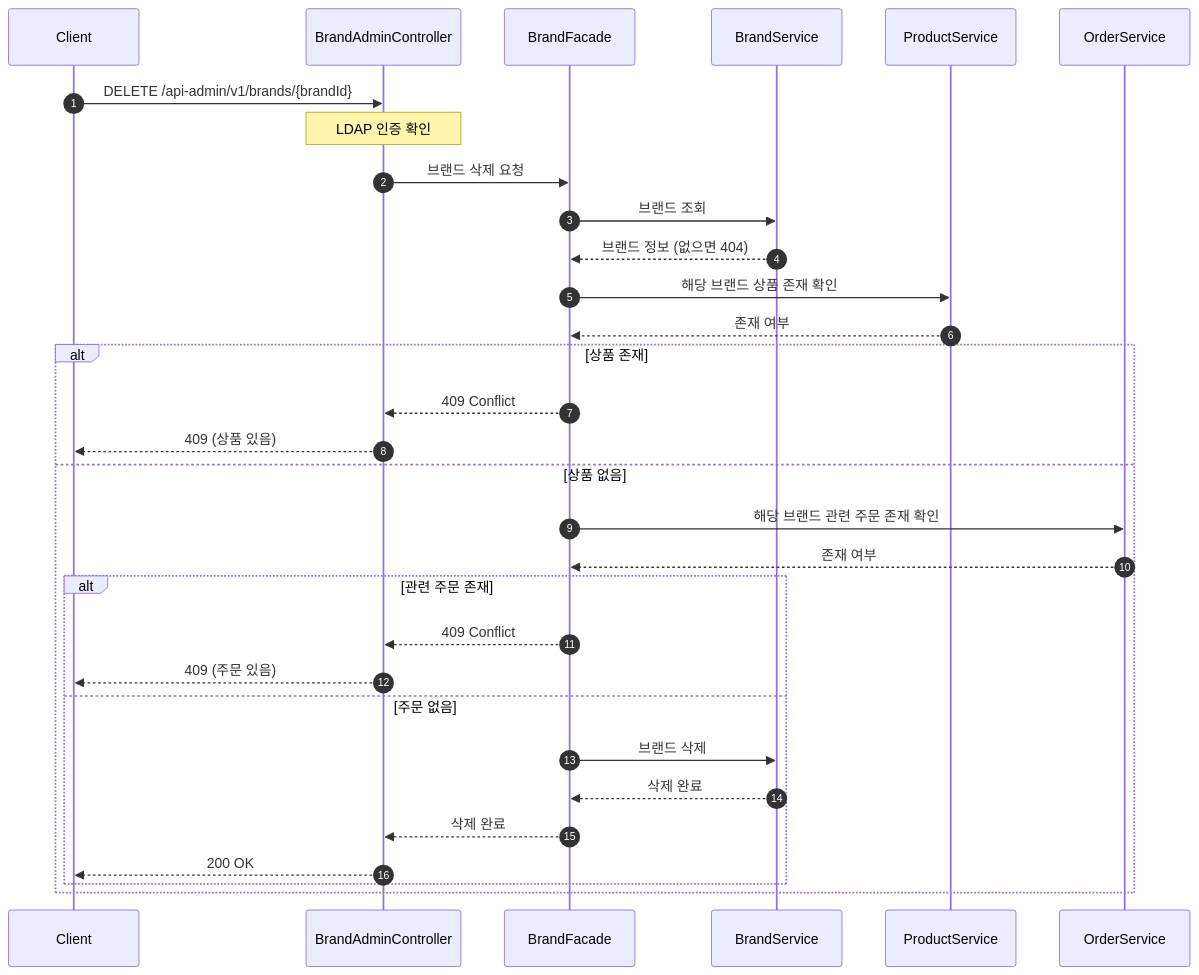
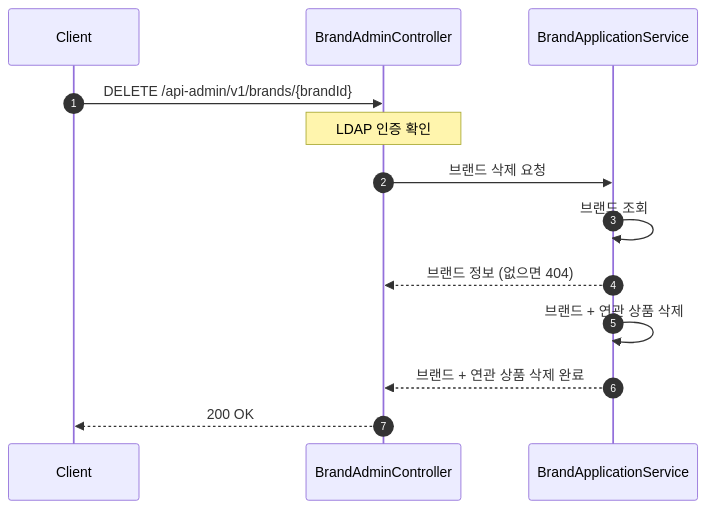
The fourth of 5 diagrams in docs/design/02-sequence-diagrams.md (Loopers-dev-lab/loop-pack-be-l2-vol3-java), drawn with Mermaid before and after one commit. The commit also changed other lines of this file and 1 other file, not shown here.

Commit message:
docs: 브랜드 삭제 정책을 soft-delete 흐름으로 정리

````diff
--- a/docs/design/02-sequence-diagrams.md
+++ b/docs/design/02-sequence-diagrams.md
@@ -156,39 +156,20 @@
 ```mermaid
 sequenceDiagram
     autonumber
     participant C as Client
     participant BC as BrandAdminController
-    participant BF as BrandFacade
-    participant BS as BrandService
-    participant PS as ProductService
-    participant OS as OrderService
+    participant BS as BrandApplicationService
+    
 
     C->>BC: DELETE /api-admin/v1/brands/{brandId}
     note over BC: LDAP 인증 확인
-    BC->>BF: 브랜드 삭제 요청
+    BC->>BS: 브랜드 삭제 요청
 
-    BF->>BS: 브랜드 조회
-    BS-->>BF: 브랜드 정보 (없으면 404)
+    BS->>BS: 브랜드 조회
+    BS-->>BC: 브랜드 정보 (없으면 404)
 
-    BF->>PS: 해당 브랜드 상품 존재 확인
-    PS-->>BF: 존재 여부
+    BS->>BS: 브랜드 + 연관 상품 삭제
+    BS-->>BC: 브랜드 + 연관 상품 삭제 완료
 
-    alt 상품 존재
-        BF-->>BC: 409 Conflict
-        BC-->>C: 409 (상품 있음)
-    else 상품 없음
-        BF->>OS: 해당 브랜드 관련 주문 존재 확인
-        OS-->>BF: 존재 여부
-
-        alt 관련 주문 존재
-            BF-->>BC: 409 Conflict
-            BC-->>C: 409 (주문 있음)
-        else 주문 없음
-            BF->>BS: 브랜드 삭제
-            BS-->>BF: 삭제 완료
-
-            BF-->>BC: 삭제 완료
-            BC-->>C: 200 OK
-        end
-    end
+    BC-->>C: 200 OK
 ```
````
